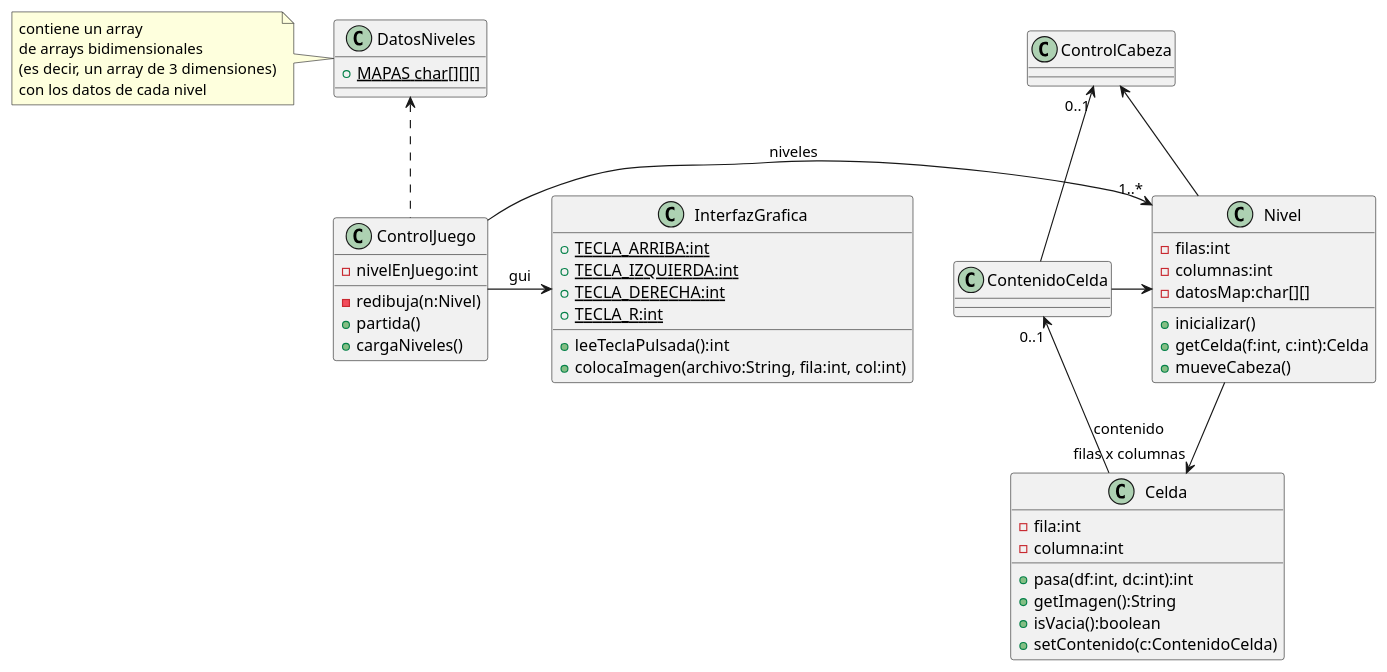
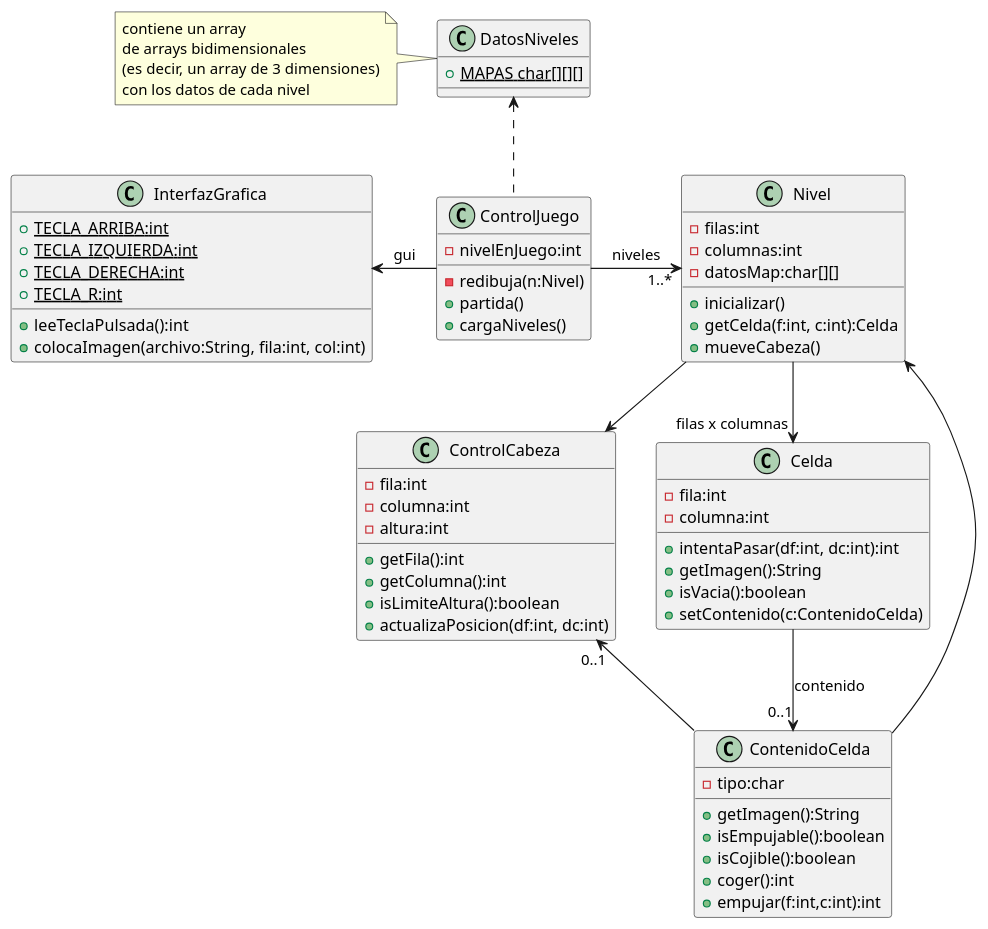
The diagram in uml.plantuml (mariomac/limerick), drawn with PlantUML before and after one commit. The commit also changed 5 other files, not shown here.

```diff
--- a/uml.plantuml
+++ b/uml.plantuml
@@ -1,68 +1,79 @@
 @startuml
 
 
 class InterfazGrafica {
     +{static} TECLA_ARRIBA:int
     +{static} TECLA_IZQUIERDA:int
     +{static} TECLA_DERECHA:int
     +{static} TECLA_R:int
     +leeTeclaPulsada():int
     +colocaImagen(archivo:String, fila:int, col:int)
 }
 
 class ControlJuego {
     -nivelEnJuego:int
     -redibuja(n:Nivel)
     +partida()
     +cargaNiveles()
 }
 
 class Nivel {
     -filas:int
     -columnas:int
     -datosMap:char[][]
     +inicializar()
     +getCelda(f:int, c:int):Celda
     +mueveCabeza()
 }
 
 class Celda {
     -fila:int
     -columna:int
-    +pasa(df:int, dc:int):int
+    +intentaPasar(df:int, dc:int):int
     +getImagen():String
     +isVacia():boolean
     +setContenido(c:ContenidoCelda)
 }
 
 class ControlCabeza {
-
+    -fila:int
+    -columna:int
+    -altura:int
+    +getFila():int
+    +getColumna():int
+    +isLimiteAltura():boolean
+    +actualizaPosicion(df:int, dc:int)
 }
 
 note as N1
     contiene un array
     de arrays bidimensionales
     (es decir, un array de 3 dimensiones)
     con los datos de cada nivel
 end note
 
 class DatosNiveles {
     +{static} MAPAS char[][][]
 }
 
 N1 .right. DatosNiveles
 ControlJuego .up.> DatosNiveles
 ControlJuego -left-> InterfazGrafica : gui
 ControlJuego -> "1..*" Nivel : niveles
-ContenidoCelda -> Nivel
+ContenidoCelda -up-> Nivel
 
 Nivel --> "filas x columnas" Celda
 Nivel --> ControlCabeza
 
 class ContenidoCelda {
-
+    -tipo:char
+    +getImagen():String
+    +isEmpujable():boolean
+    +isCojible():boolean
+    +coger():int
+    +empujar(f:int,c:int):int
 }
 
 Celda --> "0..1" ContenidoCelda: contenido
 ContenidoCelda -up-> "0..1" ControlCabeza
 @enduml
```
